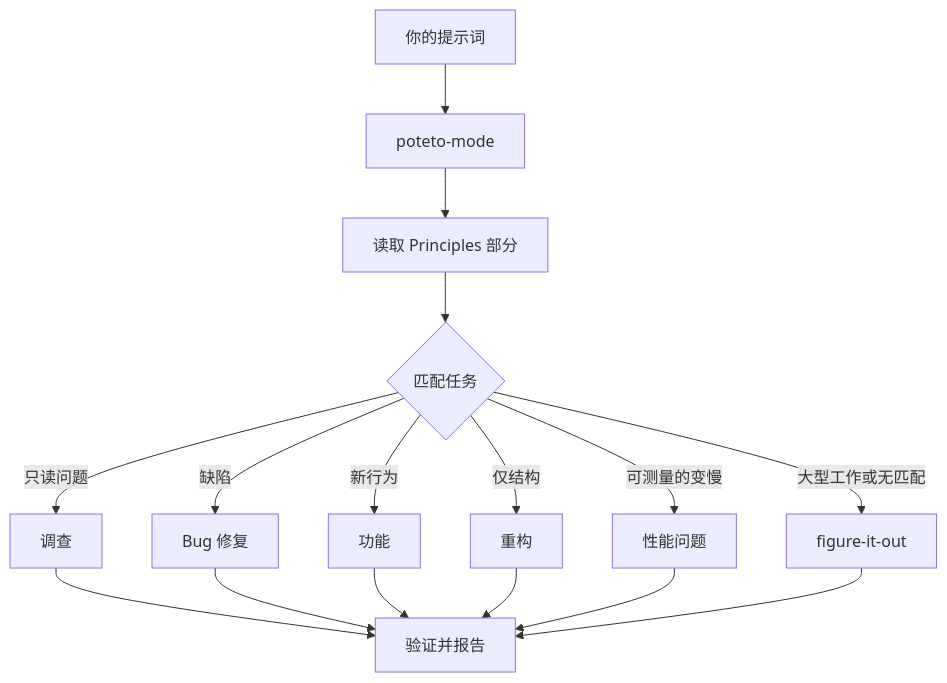
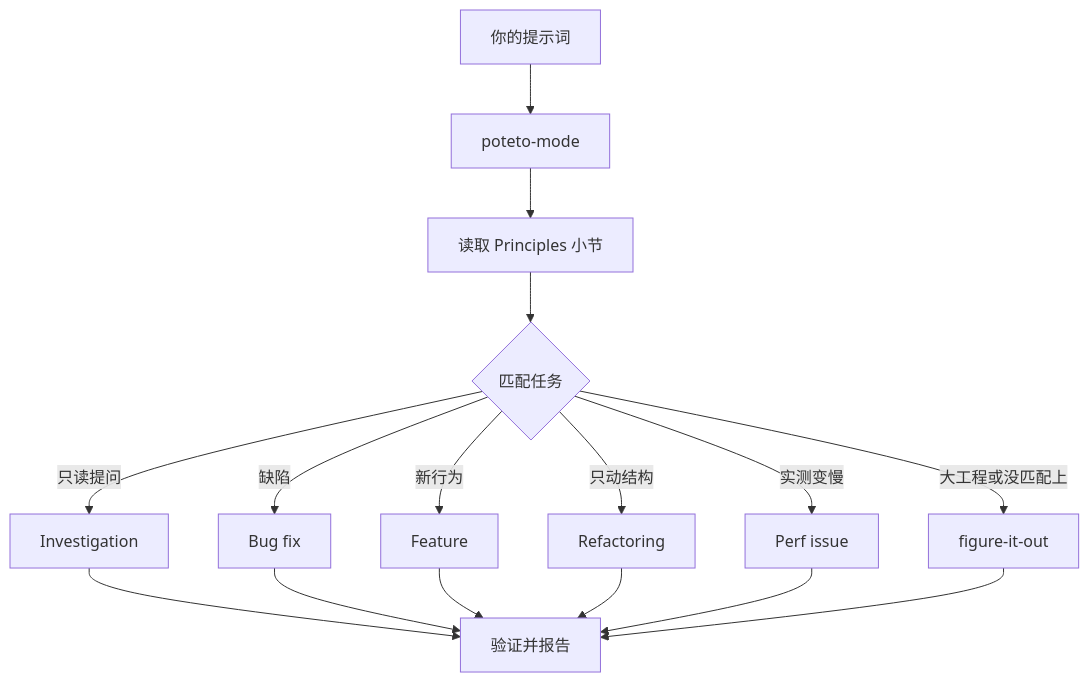
The diagram in pstack/docs/guide-zhCN/02-poteto-mode.md (alvinhui/plugins), drawn with Mermaid before and after one commit. The commit also changed other lines of this file and 10 other files, not shown here.

````diff
--- a/pstack/docs/guide-zhCN/02-poteto-mode.md
+++ b/pstack/docs/guide-zhCN/02-poteto-mode.md
@@ -9,18 +9,18 @@
 ```mermaid
 flowchart TD
     A[你的提示词] --> B[poteto-mode]
-    B --> C[读取 Principles 部分]
+    B --> C[读取 Principles 小节]
     C --> D{匹配任务}
-    D -->|只读问题| E[调查]
-    D -->|缺陷| F[Bug 修复]
-    D -->|新行为| G[功能]
-    D -->|仅结构| H[重构]
-    D -->|可测量的变慢| I[性能问题]
-    D -->|大型工作或无匹配| J[figure-it-out]
+    D -->|只读提问| E[Investigation]
+    D -->|缺陷| F[Bug fix]
+    D -->|新行为| G[Feature]
+    D -->|只动结构| H[Refactoring]
+    D -->|实测变慢| I[Perf issue]
+    D -->|大工程或没匹配上| J[figure-it-out]
     E --> K[验证并报告]
     F --> K
     G --> K
     H --> K
     I --> K
     J --> K
 ```
````
